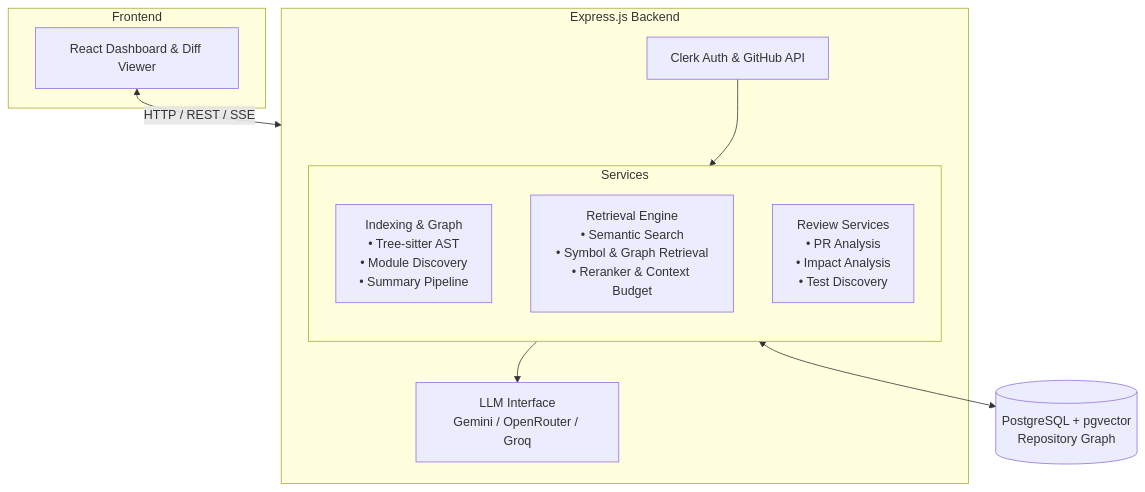
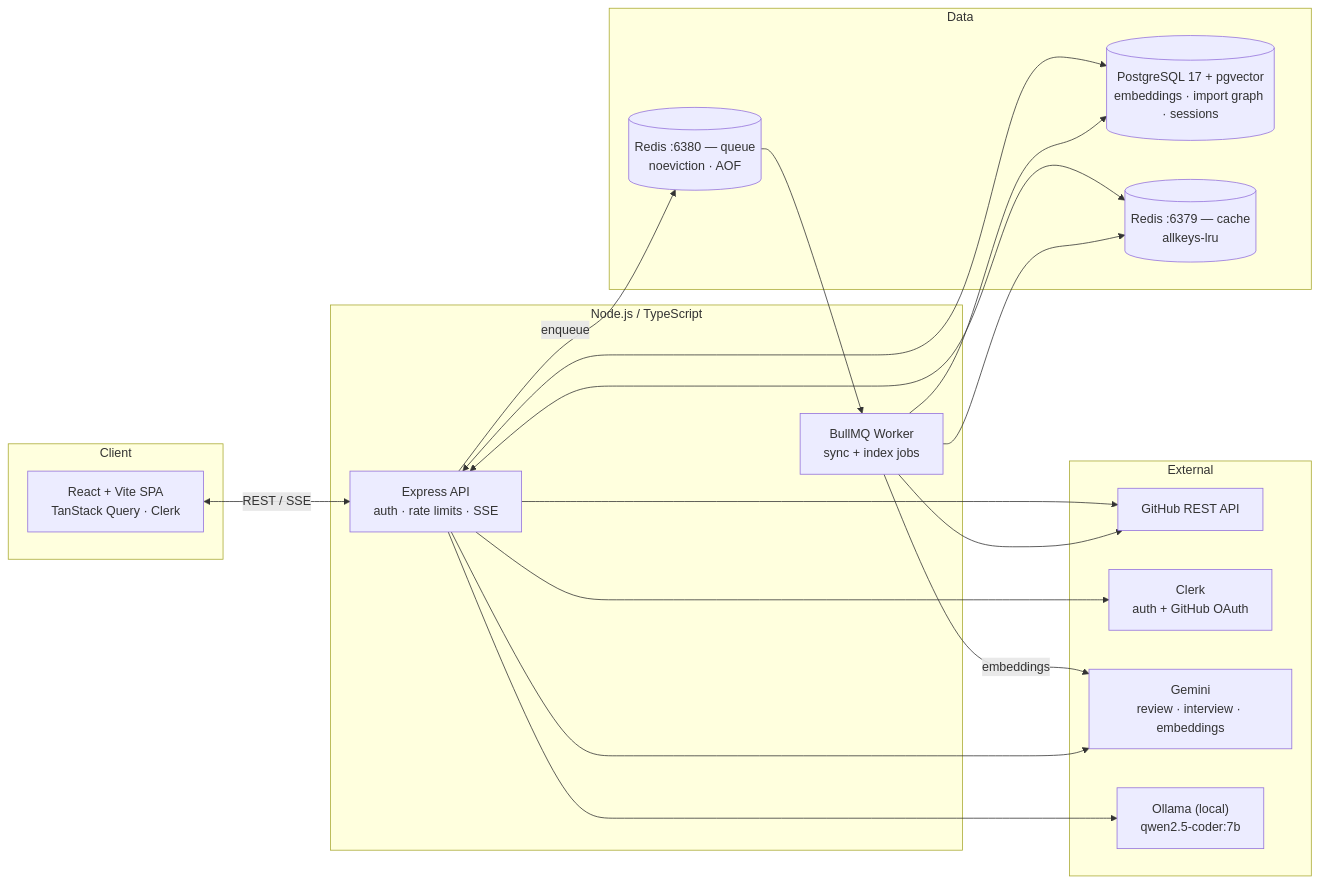
One commit to aravindpulkam3/CodePilot changed the first of 3 diagrams in README.md. Above: the diagram before and after it, drawn with Mermaid. The commit also changed other lines of this file and 1 other file, not shown here.

Commit message:
docs: rewrite README to match the current architecture

````diff
--- a/README.md
+++ b/README.md
@@ -82,26 +94,38 @@
 ```mermaid
-flowchart TB
-    subgraph Frontend
-        UI["React Dashboard & Diff Viewer"]
+flowchart LR
+    subgraph Client
+        UI["React + Vite SPA<br/>TanStack Query · Clerk"]
     end
 
-    subgraph Backend ["Express.js Backend"]
-        Auth["Clerk Auth & GitHub API"]
-        
-        subgraph Core ["Services"]
-            direction TB
-            IDX["Indexing & Graph<br/>• Tree-sitter AST<br/>• Module Discovery<br/>• Summary Pipeline"]
-            RET["Retrieval Engine<br/>• Semantic Search<br/>• Symbol & Graph Retrieval<br/>• Reranker & Context Budget"]
-            REV["Review Services<br/>• PR Analysis<br/>• Impact Analysis<br/>• Test Discovery"]
-        end
-        
-        LLM["LLM Interface<br/>Gemini / OpenRouter / Groq"]
+    subgraph Backend ["Node.js / TypeScript"]
+        API["Express API<br/>auth · rate limits · SSE"]
+        WORKER["BullMQ Worker<br/>sync + index jobs"]
     end
-    
-    DB[("PostgreSQL + pgvector<br/>Repository Graph")]
 
-    UI <-->|"HTTP / REST / SSE"| Backend
-    Auth --> Core
-    Core --> LLM
-    Core <--> DB
+    subgraph Data
+        PG[("PostgreSQL 17 + pgvector<br/>embeddings · import graph · sessions")]
+        RQ[("Redis :6380 — queue<br/>noeviction · AOF")]
+        RC[("Redis :6379 — cache<br/>allkeys-lru")]
+    end
+
+    subgraph External
+        GH["GitHub REST API"]
+        CLERK["Clerk<br/>auth + GitHub OAuth"]
+        GEM["Gemini<br/>review · interview · embeddings"]
+        OLL["Ollama (local)<br/>qwen2.5-coder:7b"]
+    end
+
+    UI <-->|"REST / SSE"| API
+    API -->|"enqueue"| RQ
+    RQ --> WORKER
+    API <--> PG
+    WORKER --> PG
+    API <--> RC
+    WORKER --> RC
+    API --> GH
+    WORKER --> GH
+    API --> CLERK
+    WORKER -->|"embeddings"| GEM
+    API --> GEM
+    API --> OLL
 ```
````
